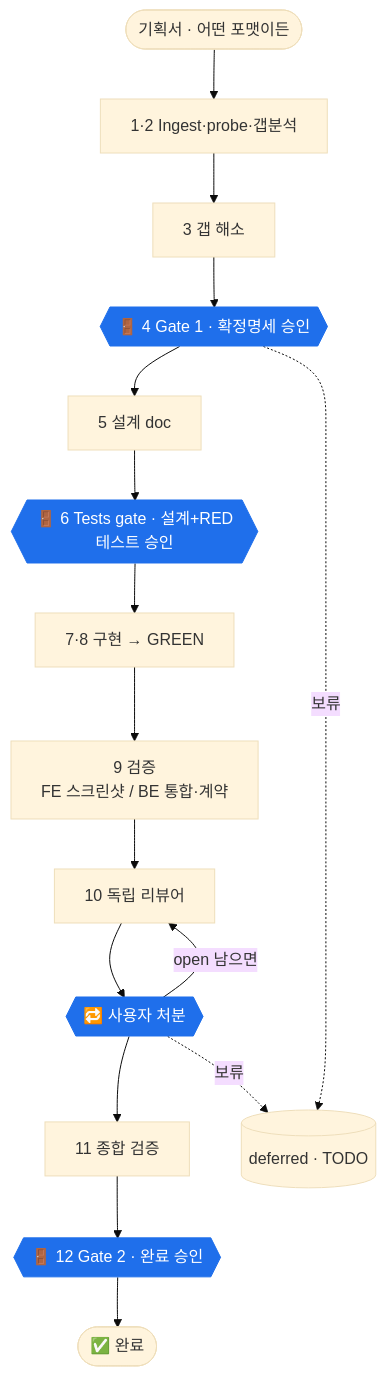
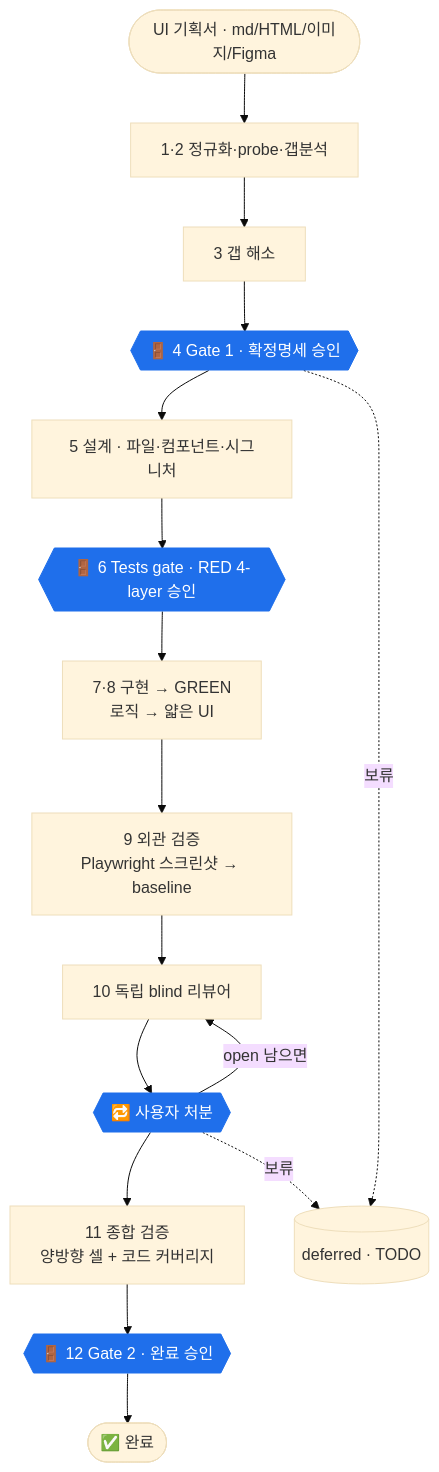
One commit to Seokwoodang/spec-to-code changed the first of 2 diagrams in README.md. Above: the diagram before and after it, drawn with Mermaid (base theme). The commit also changed other lines of this file, not shown here.

First line of the commit message:
docs(README): split into Frontend / Backend parts — per-domain flow, mermaid, phase table, artifacts

````diff
--- a/README.md
+++ b/README.md
@@ -73,20 +85,20 @@
 ```mermaid
 flowchart TD
-  S([기획서 · 어떤 포맷이든]) --> P1[1·2 Ingest·probe·갭분석]
+  S([UI 기획서 · md/HTML/이미지/Figma]) --> P1[1·2 정규화·probe·갭분석]
   P1 --> P3[3 갭 해소]
   P3 --> G1{{🚪 4 Gate 1 · 확정명세 승인}}
-  G1 --> P5[5 설계 doc]
-  P5 --> G2{{🚪 6 Tests gate · 설계+RED테스트 승인}}
-  G2 --> P7[7·8 구현 → GREEN]
-  P7 --> P9[9 검증<br/>FE 스크린샷 / BE 통합·계약]
-  P9 --> R[10 독립 리뷰어]
+  G1 --> P5[5 설계 · 파일·컴포넌트·시그니처]
+  P5 --> G2{{🚪 6 Tests gate · RED 4-layer 승인}}
+  G2 --> P7[7·8 구현 → GREEN<br/>로직 → 얇은 UI]
+  P7 --> P9[9 외관 검증<br/>Playwright 스크린샷 → baseline]
+  P9 --> R[10 독립 blind 리뷰어]
   R --> G3{{🔁 사용자 처분}}
   G3 -->|open 남으면| R
-  G3 --> P11[11 종합 검증]
+  G3 --> P11[11 종합 검증<br/>양방향 셀 + 코드 커버리지]
   P11 --> G4{{🚪 12 Gate 2 · 완료 승인}}
   G4 --> DONE([✅ 완료])
   G1 -.보류.-> F[(deferred · TODO)]
   G3 -.보류.-> F
   classDef gate fill:#1f6feb,color:#fff,stroke:#1f6feb;
   class G1,G2,G3,G4 gate;
 ```
````
